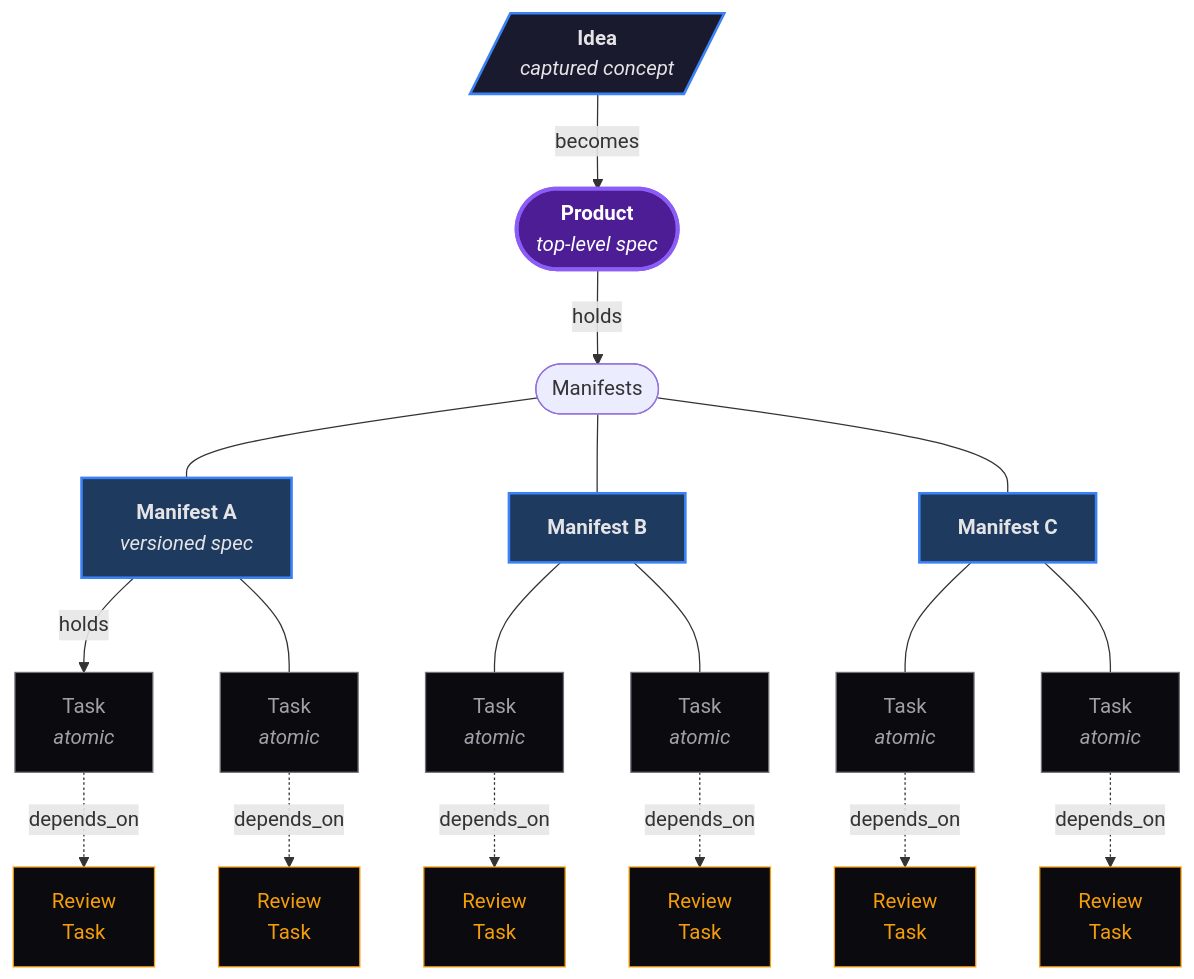
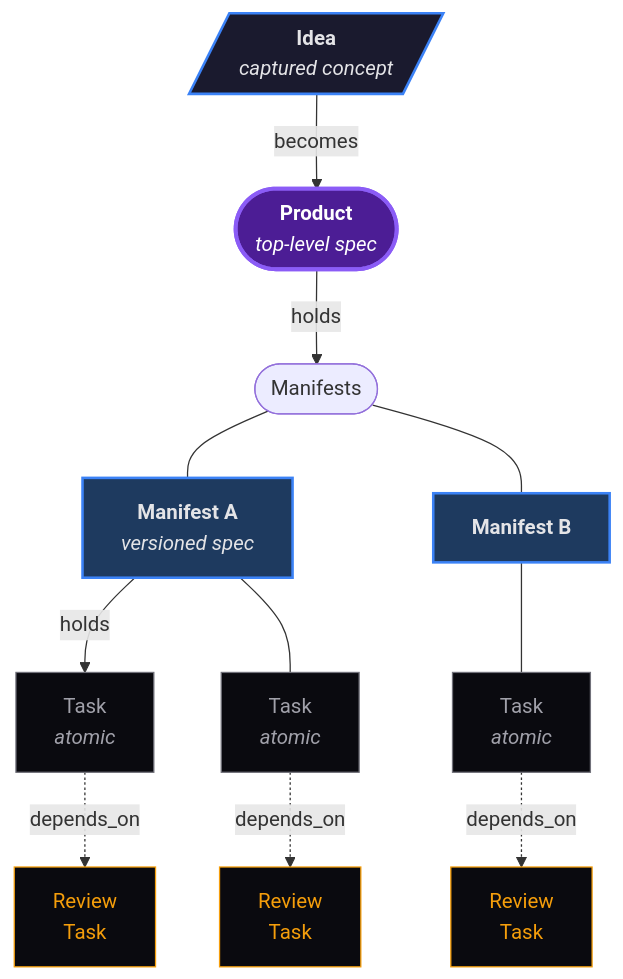
One commit to k8nstantin/OpenPraxis changed the first of 2 diagrams in README.md. Above: the diagram before and after it, drawn with Mermaid.

Commit message:
docs(readme): 2 manifests, 3 tasks total — less visual noise in the lead diagram
Reduced the lead DAG from 3 manifests × 2 tasks (6 mains + 6 reviews)
to 2 manifests with 3 total tasks:
  Manifest A: 2 Tasks + 2 paired Review Tasks
  Manifest B: 1 Task + 1 paired Review Task

Less repetition in the diagram, same structural message. The grape
pattern is still visible (multiple tasks hang off a single manifest,
each task paired with its own review) without drawing six near-
identical nodes.

````diff
--- a/README.md
+++ b/README.md
@@ -13,31 +13,23 @@
 ```mermaid
 flowchart TB
     Idea[/"<b>Idea</b><br/><i>captured concept</i>"/]:::idea -->|becomes| P
 
     P(["<b>Product</b><br/><i>top-level spec</i>"]):::product -->|holds| MH([Manifests])
 
     MH --- M1["<b>Manifest A</b><br/><i>versioned spec</i>"]:::manifest
     MH --- M2["<b>Manifest B</b>"]:::manifest
-    MH --- M3["<b>Manifest C</b>"]:::manifest
 
     M1 -->|holds| T1a["Task<br/><i>atomic</i>"]:::task
     M1 --- T1b["Task<br/><i>atomic</i>"]:::task
     T1a -. depends_on .-> R1a[Review<br/>Task]:::review
     T1b -. depends_on .-> R1b[Review<br/>Task]:::review
 
     M2 --- T2a["Task<br/><i>atomic</i>"]:::task
-    M2 --- T2b["Task<br/><i>atomic</i>"]:::task
     T2a -. depends_on .-> R2a[Review<br/>Task]:::review
-    T2b -. depends_on .-> R2b[Review<br/>Task]:::review
-
-    M3 --- T3a["Task<br/><i>atomic</i>"]:::task
-    M3 --- T3b["Task<br/><i>atomic</i>"]:::task
-    T3a -. depends_on .-> R3a[Review<br/>Task]:::review
-    T3b -. depends_on .-> R3b[Review<br/>Task]:::review
 
     classDef idea fill:#1a1a2e,stroke:#3b82f6,stroke-width:2px,color:#e4e4e7
     classDef product fill:#4c1d95,stroke:#8b5cf6,stroke-width:3px,color:#fff
     classDef manifest fill:#1e3a5f,stroke:#3b82f6,stroke-width:2px,color:#e4e4e7
     classDef task fill:#0a0a0f,stroke:#71717a,color:#a1a1aa
     classDef review fill:#0a0a0f,stroke:#f59e0b,color:#f59e0b
 ```
````
